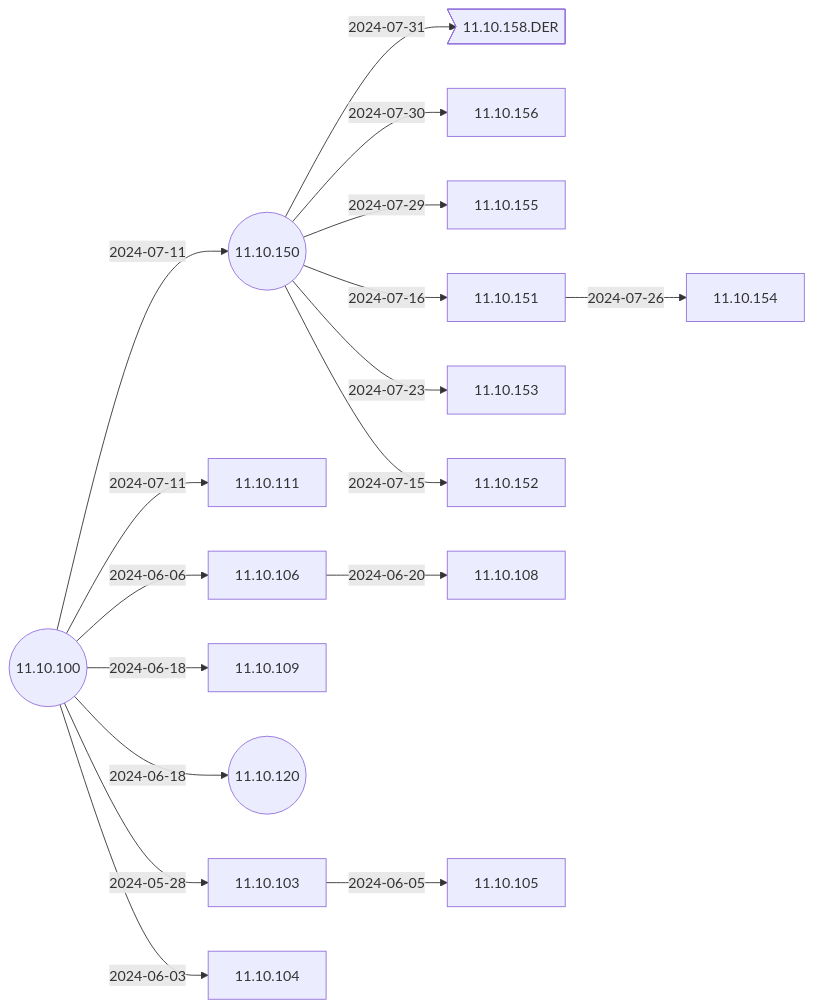
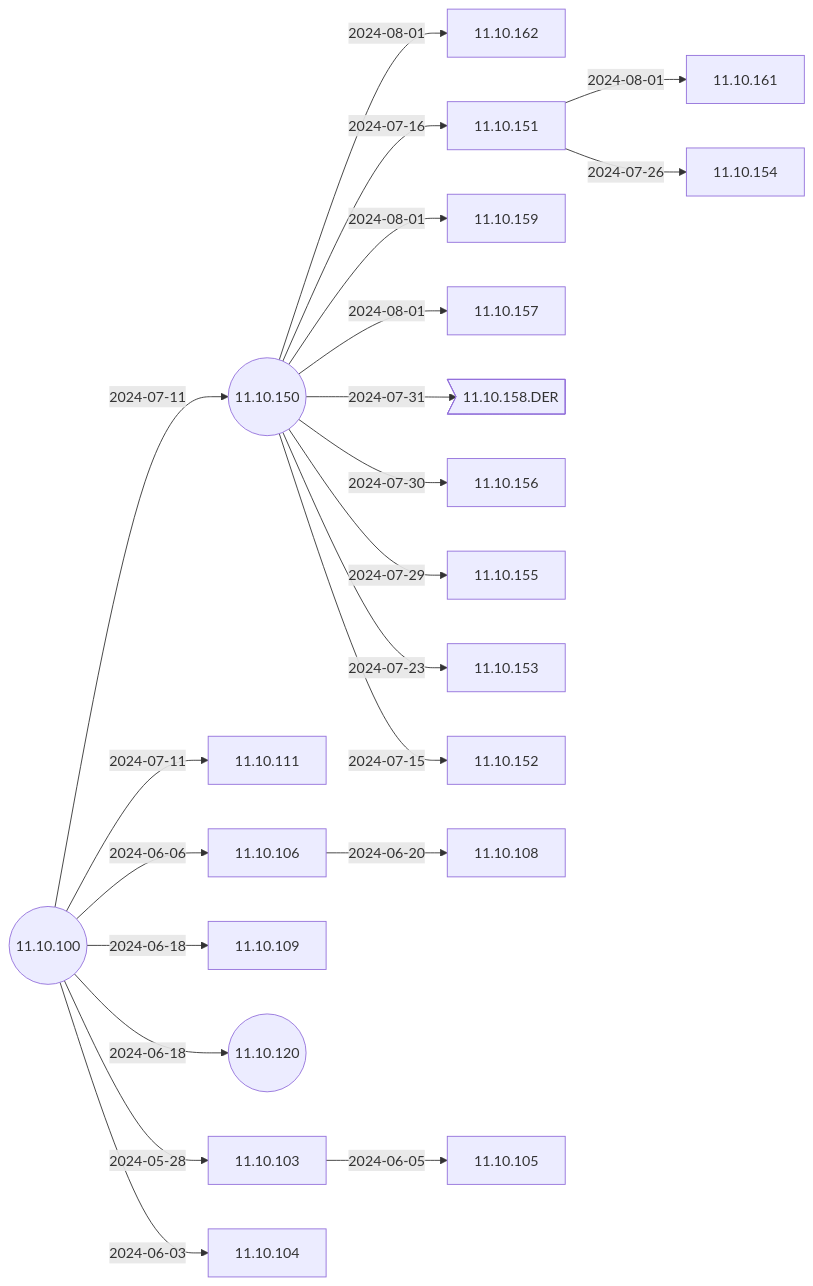
One commit to IGEL-Community/IGEL-Docs-v02 changed the second of 6 diagrams in docs/Docs/ReleaseNotes/01-OS11/README.md. Above: the diagram before and after it, drawn with Mermaid. The commit also changed 5 other files, not shown here.

````diff
--- a/docs/Docs/ReleaseNotes/01-OS11/README.md
+++ b/docs/Docs/ReleaseNotes/01-OS11/README.md
@@ -41,37 +41,45 @@
 ```mermaid
 flowchart LR
+    11.10.150-- 2024-08-01 -->11.10.162
+    11.10.151-- 2024-08-01 -->11.10.161
+    11.10.150-- 2024-08-01 -->11.10.159
+    11.10.150-- 2024-08-01 -->11.10.157
     11.10.150-- 2024-07-31 -->11.10.158.DER>11.10.158.DER]
     11.10.150-- 2024-07-30 -->11.10.156
     11.10.150-- 2024-07-29 -->11.10.155
     11.10.151-- 2024-07-26 -->11.10.154
     11.10.150-- 2024-07-23 -->11.10.153
     11.10.150-- 2024-07-16 -->11.10.151
     11.10.150-- 2024-07-15 -->11.10.152
     11.10.100-- 2024-07-11 -->11.10.150((11.10.150))
     11.10.100-- 2024-07-11 -->11.10.111
     11.10.106-- 2024-06-20 -->11.10.108
     11.10.100-- 2024-06-18 -->11.10.109
     11.10.100-- 2024-06-18 -->11.10.120((11.10.120))
     11.10.100-- 2024-06-06 -->11.10.106
     11.10.103-- 2024-06-05 -->11.10.105
     11.10.100-- 2024-06-03 -->11.10.104
     11.10.100-- 2024-05-28 -->11.10.103
     11.10.100((11.10.100))
+    click 11.10.162 "https://github.com/IGEL-Community/IGEL-Docs-v02/tree/main/docs/Docs/ReleaseNotes/01-OS11/readme11.10.162.txt" _blank
+    click 11.10.161 "https://github.com/IGEL-Community/IGEL-Docs-v02/tree/main/docs/Docs/ReleaseNotes/01-OS11/readme11.10.161.txt" _blank
+    click 11.10.159 "https://github.com/IGEL-Community/IGEL-Docs-v02/tree/main/docs/Docs/ReleaseNotes/01-OS11/readme11.10.159.txt" _blank
+    click 11.10.157 "https://github.com/IGEL-Community/IGEL-Docs-v02/tree/main/docs/Docs/ReleaseNotes/01-OS11/readme11.10.157.txt" _blank
     click 11.10.158.DER "https://github.com/IGEL-Community/IGEL-Docs-v02/tree/main/docs/Docs/ReleaseNotes/01-OS11/readme11.10.158.DER.txt" _blank
     click 11.10.156 "https://github.com/IGEL-Community/IGEL-Docs-v02/tree/main/docs/Docs/ReleaseNotes/01-OS11/readme11.10.156.txt" _blank
     click 11.10.155 "https://github.com/IGEL-Community/IGEL-Docs-v02/tree/main/docs/Docs/ReleaseNotes/01-OS11/readme11.10.155.txt" _blank
     click 11.10.154 "https://github.com/IGEL-Community/IGEL-Docs-v02/tree/main/docs/Docs/ReleaseNotes/01-OS11/readme11.10.154.txt" _blank
     click 11.10.153 "https://github.com/IGEL-Community/IGEL-Docs-v02/tree/main/docs/Docs/ReleaseNotes/01-OS11/readme11.10.153.txt" _blank
     click 11.10.151 "https://github.com/IGEL-Community/IGEL-Docs-v02/tree/main/docs/Docs/ReleaseNotes/01-OS11/readme11.10.151.txt" _blank
     click 11.10.152 "https://github.com/IGEL-Community/IGEL-Docs-v02/tree/main/docs/Docs/ReleaseNotes/01-OS11/readme11.10.152.txt" _blank
     click 11.10.111 "https://github.com/IGEL-Community/IGEL-Docs-v02/tree/main/docs/Docs/ReleaseNotes/01-OS11/readme11.10.111.txt" _blank
     click 11.10.150 "https://github.com/IGEL-Community/IGEL-Docs-v02/tree/main/docs/Docs/ReleaseNotes/01-OS11/readme11.10.150.txt" _blank
     click 11.10.108 "https://github.com/IGEL-Community/IGEL-Docs-v02/tree/main/docs/Docs/ReleaseNotes/01-OS11/readme11.10.108.txt" _blank
     click 11.10.109 "https://github.com/IGEL-Community/IGEL-Docs-v02/tree/main/docs/Docs/ReleaseNotes/01-OS11/readme11.10.109.txt" _blank
     click 11.10.120 "https://github.com/IGEL-Community/IGEL-Docs-v02/tree/main/docs/Docs/ReleaseNotes/01-OS11/readme11.10.120.txt" _blank
     click 11.10.106 "https://github.com/IGEL-Community/IGEL-Docs-v02/tree/main/docs/Docs/ReleaseNotes/01-OS11/readme11.10.106.txt" _blank
     click 11.10.105 "https://github.com/IGEL-Community/IGEL-Docs-v02/tree/main/docs/Docs/ReleaseNotes/01-OS11/readme11.10.105.txt" _blank
     click 11.10.104 "https://github.com/IGEL-Community/IGEL-Docs-v02/tree/main/docs/Docs/ReleaseNotes/01-OS11/readme11.10.104.txt" _blank
     click 11.10.103 "https://github.com/IGEL-Community/IGEL-Docs-v02/tree/main/docs/Docs/ReleaseNotes/01-OS11/readme11.10.103.txt" _blank
     click 11.10.100 "https://github.com/IGEL-Community/IGEL-Docs-v02/tree/main/docs/Docs/ReleaseNotes/01-OS11/readme11.10.100.txt" _blank
 ```
````
